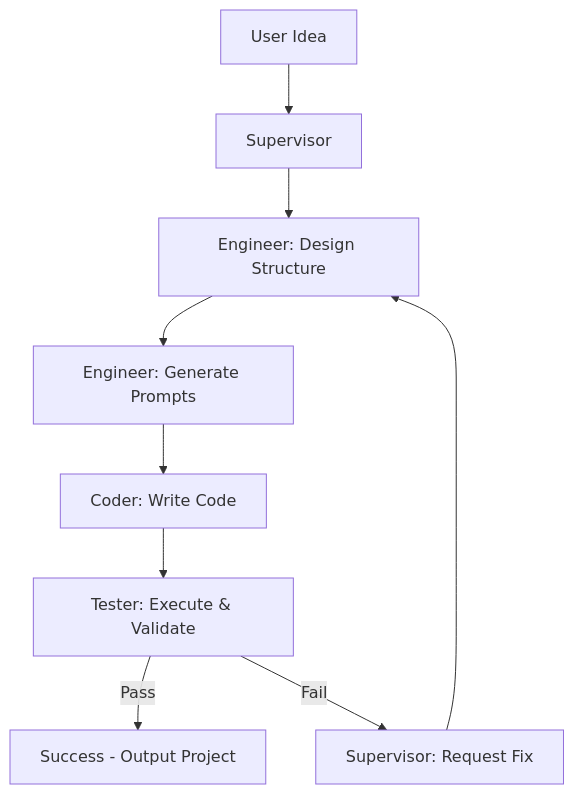
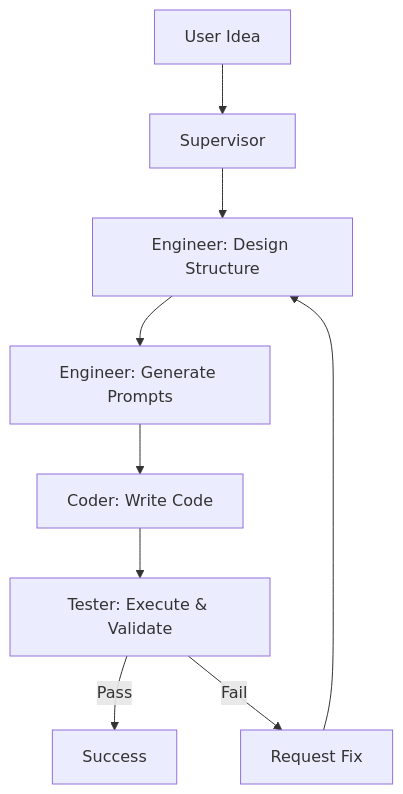
Before and after one commit to PyAimind/MetaForge: the diagram in README.md, drawn with Mermaid.

Commit message:
changing theflowchart TD to graph TD

````diff
--- a/README.md
+++ b/README.md
@@ -57,11 +57,11 @@
 ```mermaid
-flowchart TD
+graph TD
     A[User Idea] --> B[Supervisor]
     B --> C[Engineer: Design Structure]
     C --> D[Engineer: Generate Prompts]
     D --> E[Coder: Write Code]
     E --> F[Tester: Execute & Validate]
-    F -->|Pass| G[Success - Output Project]
-    F -->|Fail| H[Supervisor: Request Fix]
+    F -->|Pass| G[Success]
+    F -->|Fail| H[Request Fix]
     H --> C
 ```
````
